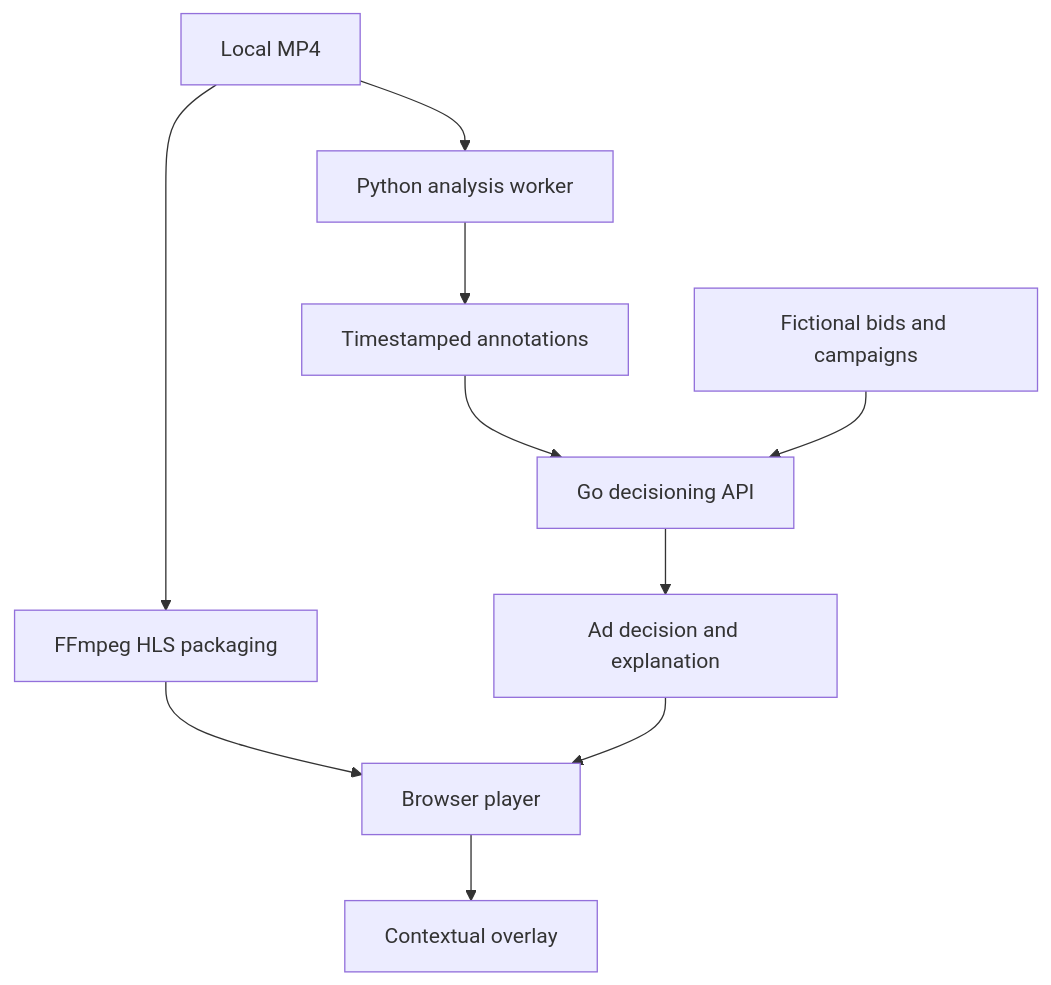
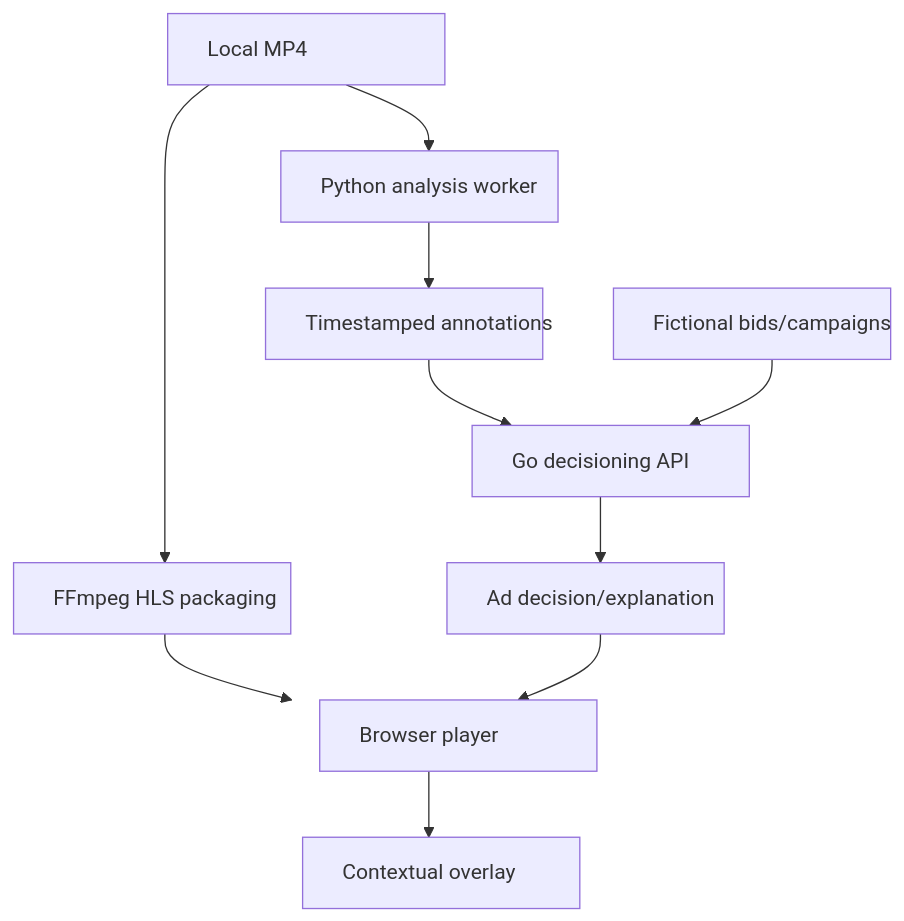
Before and after one commit to rayning0/scenebid: the first of 3 diagrams in README.md, drawn with Mermaid. The commit also changed other lines of this file, not shown here.

Commit message:
Make flowchart rectangles wider. Couldn't see text fully in architecture diagrams.

````diff
--- a/README.md
+++ b/README.md
@@ -103,12 +103,15 @@
 ```mermaid
+%%{init: {"flowchart": {"wrappingWidth": 210}}}%%
 flowchart TD
+    classDef wide width:210px;
     V["Local MP4"] --> A["Python analysis worker"]
     A --> S["Timestamped annotations"]
     V --> H["FFmpeg HLS packaging"]
     S --> G["Go decisioning API"]
-    B["Fictional bids and campaigns"] --> G
-    G --> D["Ad decision and explanation"]
+    B["Fictional bids/campaigns"] --> G
+    G --> D["Ad decision/explanation"]
     H --> P["Browser player"]
     D --> P
     P --> O["Contextual overlay"]
+    class V,A,S,H,G,B,D,P,O wide
 ```
````
